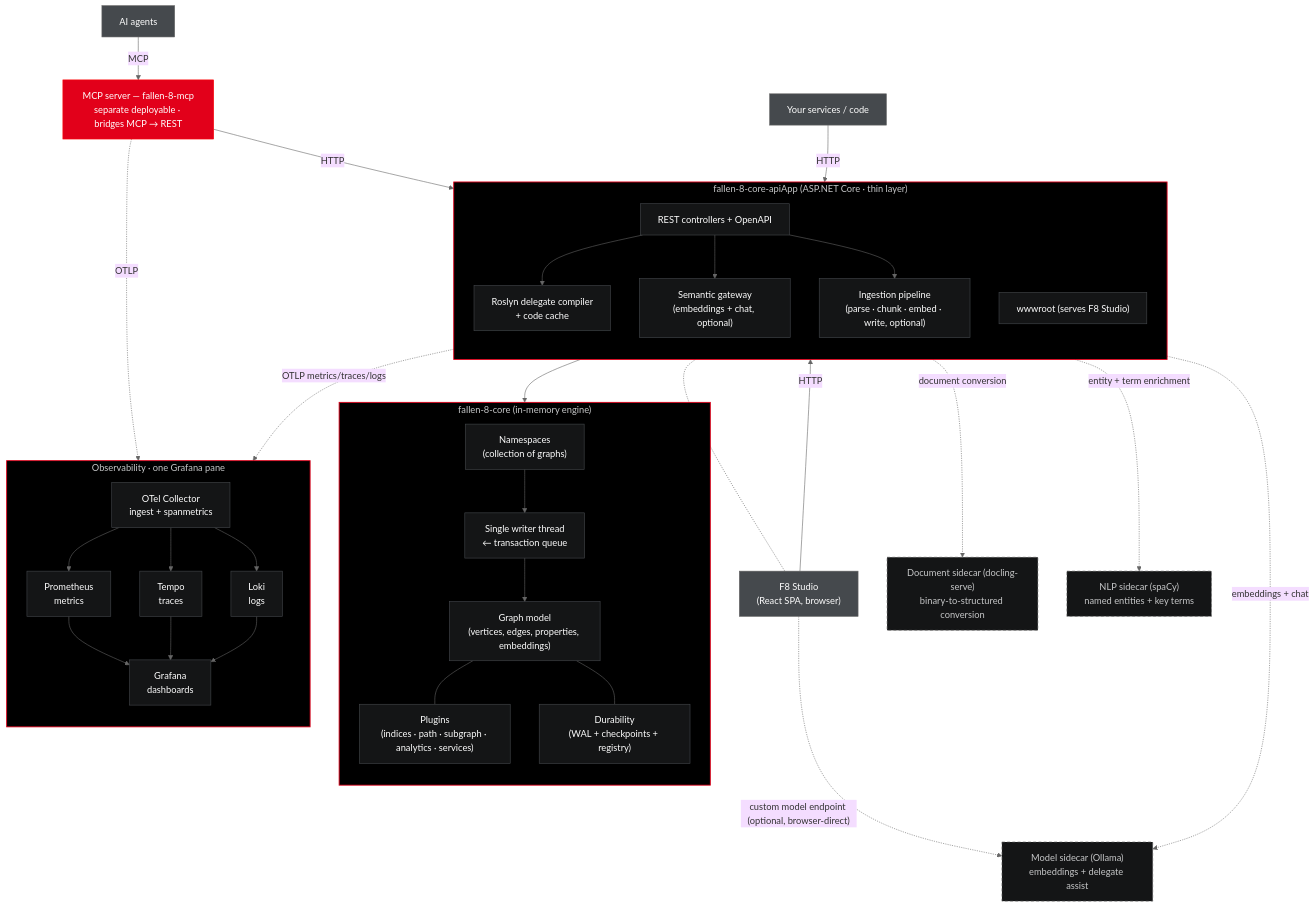
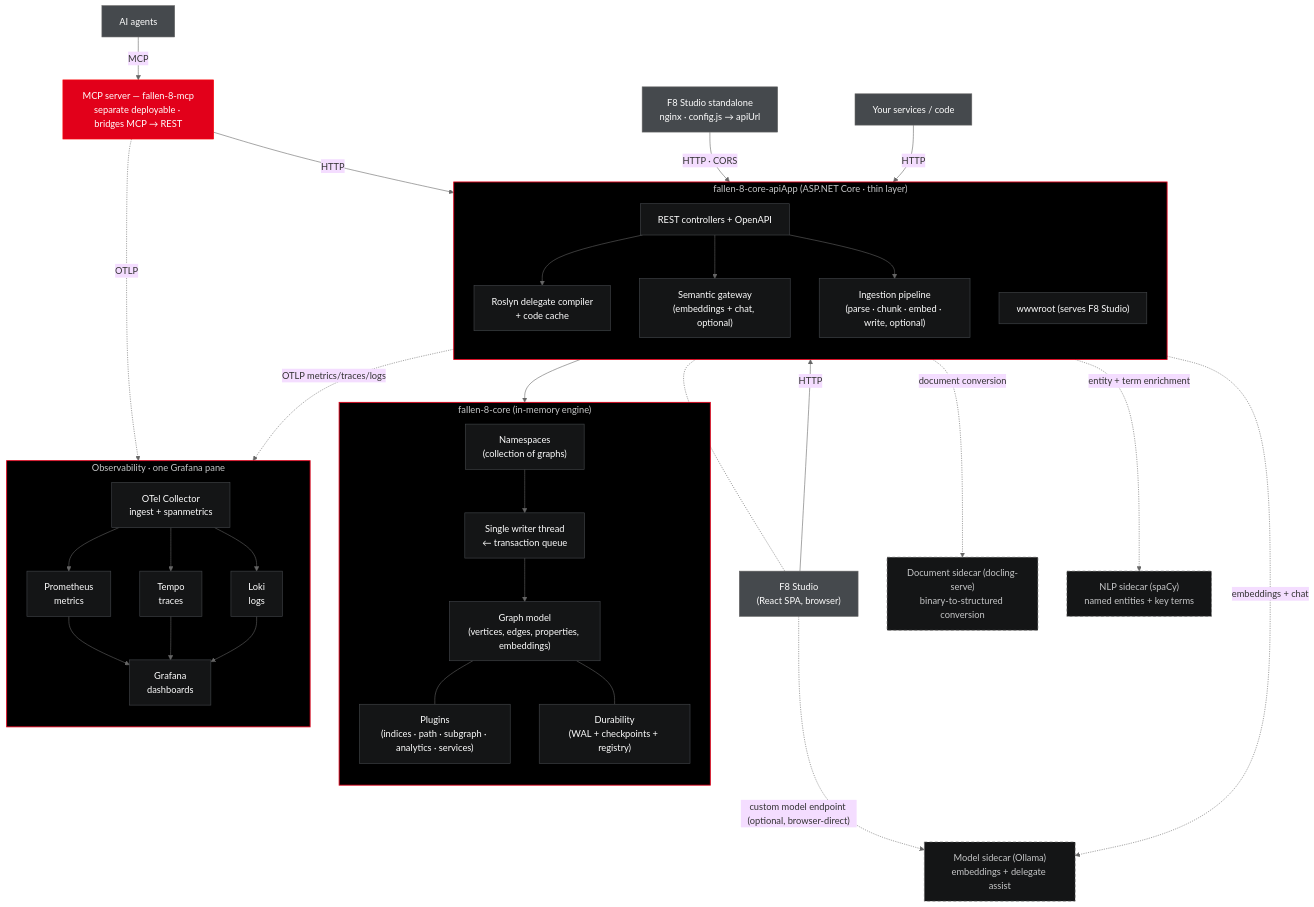
The diagram in docs/src/content/docs/architecture.md (cosh/fallen-8-core), drawn with Mermaid before and after one commit. The commit also changed other lines of this file and 10 other files, not shown here.

First line of the commit message:
standalone-ui: docs, architecture diagrams, and CI image build (phase 6)

````diff
--- a/docs/src/content/docs/architecture.md
+++ b/docs/src/content/docs/architecture.md
@@ -12,71 +12,73 @@
 ```mermaid
 %%{init: {'theme':'base','themeVariables':{'fontFamily':'ui-monospace, SFMono-Regular, Menlo, Consolas, monospace','lineColor':'#666666'}}}%%
 flowchart TB
     agents["AI agents"]:::client
     studio["F8 Studio<br/>(React SPA, browser)"]:::client
+    uistandalone["F8 Studio standalone<br/>nginx · config.js → apiUrl"]:::client
     svc["Your services / code"]:::client
 
     mcp["MCP server — fallen-8-mcp<br/>separate deployable · bridges MCP → REST"]:::mcp
 
     subgraph app["fallen-8-core-apiApp (ASP.NET Core · thin layer)"]
         direction TB
         rest["REST controllers + OpenAPI"]:::sys
         roslyn["Roslyn delegate compiler<br/>+ code cache"]:::sys
         semantic["Semantic gateway<br/>(embeddings + chat, optional)"]:::sys
         ingestion["Ingestion pipeline<br/>(parse · chunk · embed · write, optional)"]:::sys
         wwwroot["wwwroot (serves F8 Studio)"]:::sys
     end
     subgraph engine["fallen-8-core (in-memory engine)"]
         direction TB
         ns["Namespaces<br/>(collection of graphs)"]:::sys
         writer["Single writer thread<br/>← transaction queue"]:::sys
         model["Graph model<br/>(vertices, edges, properties, embeddings)"]:::sys
         plugins["Plugins<br/>(indices · path · subgraph · analytics · services)"]:::sys
         durab["Durability<br/>(WAL + checkpoints + registry)"]:::sys
     end
     sidecar["Model sidecar (Ollama)<br/>embeddings + delegate assist"]:::ext
     docling["Document sidecar (docling-serve)<br/>binary-to-structured conversion"]:::ext
     nlp["NLP sidecar (spaCy)<br/>named entities + key terms"]:::ext
 
     subgraph obs["Observability · one Grafana pane"]
         direction TB
         collector["OTel Collector<br/>ingest + spanmetrics"]:::sys
         promstore["Prometheus<br/>metrics"]:::sys
         tempo["Tempo<br/>traces"]:::sys
         loki["Loki<br/>logs"]:::sys
         grafana["Grafana<br/>dashboards"]:::sys
         collector --> promstore
         collector --> tempo
         collector --> loki
         promstore --> grafana
         tempo --> grafana
         loki --> grafana
     end
 
     agents -->|MCP| mcp
     mcp -->|HTTP| rest
     studio -->|HTTP| rest
+    uistandalone -->|HTTP · CORS| rest
     svc -->|HTTP| rest
     studio -.->|"custom model endpoint (optional, browser-direct)"| sidecar
     wwwroot -.- studio
     rest --> ns
     rest --> roslyn
     rest --> semantic
     rest --> ingestion
     semantic -.->|embeddings + chat| sidecar
     ingestion -.->|document conversion| docling
     ingestion -.->|entity + term enrichment| nlp
     rest -.->|OTLP metrics/traces/logs| collector
     mcp -.->|OTLP| collector
     ns --> writer --> model
     model --- plugins
     model --- durab
 
     classDef client fill:#45494D,stroke:#666666,color:#FEFEFE
     classDef mcp fill:#E2001A,stroke:#FC0606,color:#FEFEFE
     classDef sys fill:#141516,stroke:#45494D,color:#FEFEFE
     classDef ext fill:#141516,stroke:#666666,color:#C6C7C8,stroke-dasharray:5 4
     style app fill:#000000,stroke:#E2001A,stroke-width:1.5px,color:#C6C7C8
     style engine fill:#000000,stroke:#E2001A,stroke-width:1.5px,color:#C6C7C8
     style obs fill:#000000,stroke:#E2001A,stroke-width:1.5px,color:#C6C7C8
 ```
````
